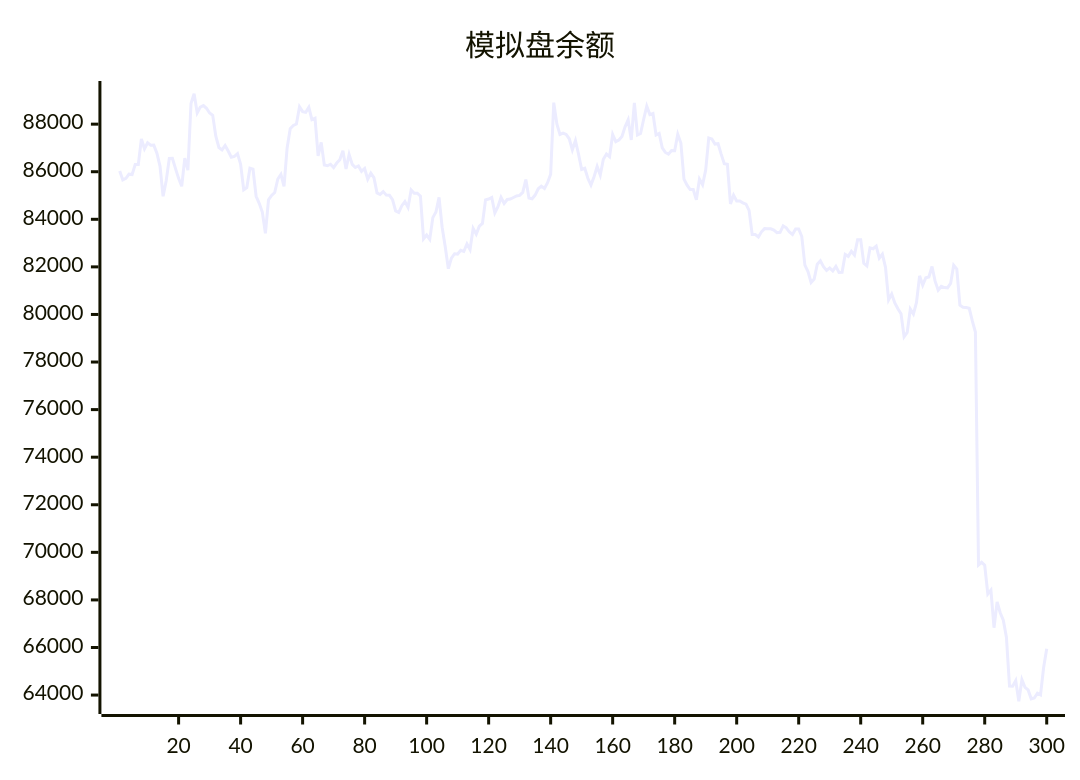
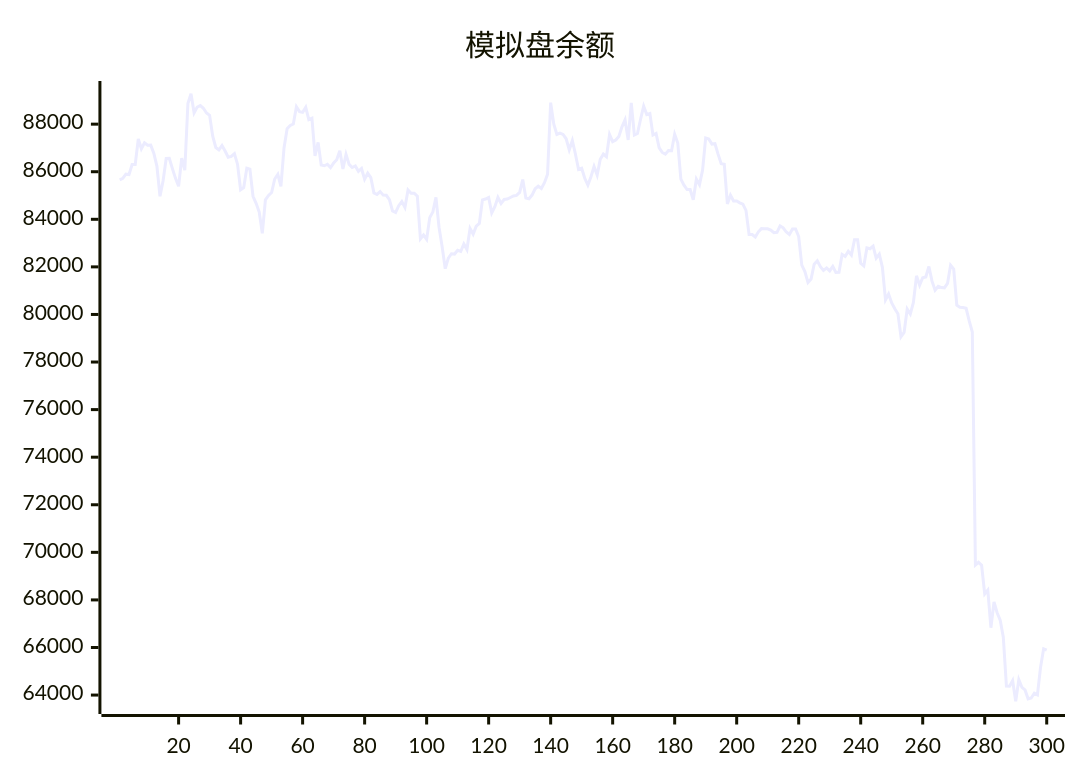
Before and after one commit to aahl/ai-trading: the diagram in README.md, drawn with Mermaid. The commit also changed other lines of this file and 1 other file, not shown here.

````diff
--- a/README.md
+++ b/README.md
@@ -5,5 +5,5 @@
 ```mermaid
 xychart
     title "模拟盘余额"
-    line [86028,85657,85721,85896,85880,86300,86299,87378,86965,87214,87115,87118,86780,86238,84966,85623,86555,86562,86129,85722,85387,86569,86070,88870,89278,88477,88720,88781,88668,88467,88372,87493,87018,86917,87102,86870,86613,86644,86758,86317,85242,85334,86149,86106,84968,84671,84302,83410,84816,85001,85127,85693,85891,85384,87001,87811,87945,88007,88734,88528,88495,88705,88189,88248,86662,87234,86279,86251,86314,86177,86364,86503,86886,86114,86731,86310,86176,86240,86017,86136,85685,85938,85749,85111,85044,85164,85016,85008,84824,84354,84287,84572,84745,84500,85234,85096,85095,84970,83180,83338,83157,84070,84309,84922,83667,82850,81924,82369,82552,82539,82695,82648,82962,82728,83619,83378,83710,83825,84819,84854,84917,84265,84527,84919,84668,84834,84850,84916,84981,85004,85131,85674,84891,84864,85019,85284,85393,85294,85538,85894,88904,88012,87567,87625,87568,87386,86920,87313,86737,86094,86143,85725,85437,85787,86219,85859,86526,86740,86630,87563,87264,87335,87483,87886,88180,87335,88894,87544,87608,88207,88755,88401,88444,87543,87608,87000,86810,86740,86894,86884,87576,87209,85686,85435,85251,85255,84820,85689,85453,86066,87420,87373,87161,87178,86740,86341,86315,84643,85012,84772,84768,84690,84635,84376,83360,83357,83259,83474,83608,83606,83602,83548,83440,83454,83724,83644,83464,83365,83590,83592,83275,82072,81806,81344,81492,82109,82254,82006,81848,81955,81829,82022,81769,81776,82522,82441,82656,82498,83144,83144,82150,82038,82797,82763,82872,82367,82536,81981,80612,80862,80484,80242,80034,79063,79245,80226,80016,80507,81625,81233,81544,81578,82016,81401,81019,81186,81130,81118,81306,82066,81909,80392,80304,80291,80258,79729,79261,69466,69579,69456,68251,68415,66832,67911,67462,67144,66432,64380,64375,64606,63740,64647,64324,64216,63842,63877,64078,64008,65156,65945]
+    line [85657,85721,85896,85880,86300,86299,87378,86965,87214,87115,87118,86780,86238,84966,85623,86555,86562,86129,85722,85387,86569,86070,88870,89278,88477,88720,88781,88668,88467,88372,87493,87018,86917,87102,86870,86613,86644,86758,86317,85242,85334,86149,86106,84968,84671,84302,83410,84816,85001,85127,85693,85891,85384,87001,87811,87945,88007,88734,88528,88495,88705,88189,88248,86662,87234,86279,86251,86314,86177,86364,86503,86886,86114,86731,86310,86176,86240,86017,86136,85685,85938,85749,85111,85044,85164,85016,85008,84824,84354,84287,84572,84745,84500,85234,85096,85095,84970,83180,83338,83157,84070,84309,84922,83667,82850,81924,82369,82552,82539,82695,82648,82962,82728,83619,83378,83710,83825,84819,84854,84917,84265,84527,84919,84668,84834,84850,84916,84981,85004,85131,85674,84891,84864,85019,85284,85393,85294,85538,85894,88904,88012,87567,87625,87568,87386,86920,87313,86737,86094,86143,85725,85437,85787,86219,85859,86526,86740,86630,87563,87264,87335,87483,87886,88180,87335,88894,87544,87608,88207,88755,88401,88444,87543,87608,87000,86810,86740,86894,86884,87576,87209,85686,85435,85251,85255,84820,85689,85453,86066,87420,87373,87161,87178,86740,86341,86315,84643,85012,84772,84768,84690,84635,84376,83360,83357,83259,83474,83608,83606,83602,83548,83440,83454,83724,83644,83464,83365,83590,83592,83275,82072,81806,81344,81492,82109,82254,82006,81848,81955,81829,82022,81769,81776,82522,82441,82656,82498,83144,83144,82150,82038,82797,82763,82872,82367,82536,81981,80612,80862,80484,80242,80034,79063,79245,80226,80016,80507,81625,81233,81544,81578,82016,81401,81019,81186,81130,81118,81306,82066,81909,80392,80304,80291,80258,79729,79261,69466,69579,69456,68251,68415,66832,67911,67462,67144,66432,64380,64375,64606,63740,64647,64324,64216,63842,63877,64078,64008,65156,65945,65888]
 ```
````
